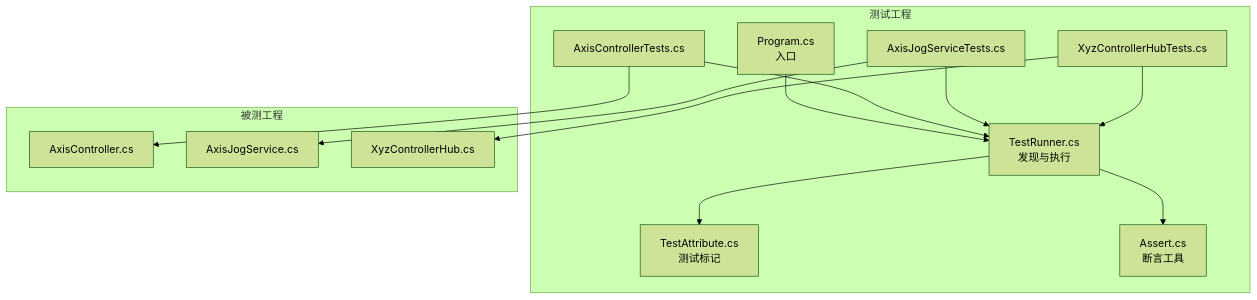
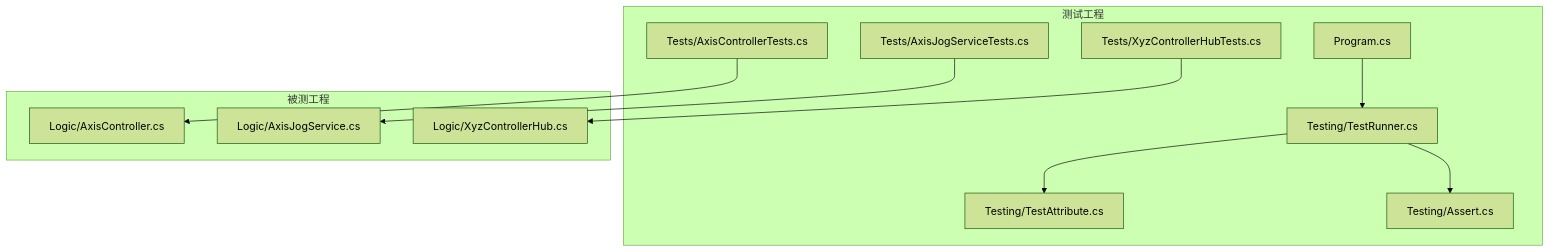
One commit to fuweiq94-cloud/3399180760 changed the first of 5 diagrams in .qoder/repowiki/zh/content/测试框架.md. Above: the diagram before and after it, drawn with Mermaid (forest theme). The commit also changed other lines of this file and 94 other files, not shown here.

First line of the commit message:
docs(api): 添加完整 XyzController API 接口文档

````diff
--- a/.qoder/repowiki/zh/content/测试框架.md
+++ b/.qoder/repowiki/zh/content/测试框架.md
@@ -40,19 +47,23 @@
 ```mermaid
 graph TB
 subgraph "测试工程"
-A["Program.cs<br/>入口"] --> B["TestRunner.cs<br/>发现与执行"]
-B --> C["TestAttribute.cs<br/>测试标记"]
-B --> D["Assert.cs<br/>断言工具"]
-E["AxisControllerTests.cs"] --> B
-F["AxisJogServiceTests.cs"] --> B
-G["XyzControllerHubTests.cs"] --> B
+A["Program.cs"]
+B["Testing/TestRunner.cs"]
+C["Testing/TestAttribute.cs"]
+D["Testing/Assert.cs"]
+E["Tests/AxisControllerTests.cs"]
+F["Tests/AxisJogServiceTests.cs"]
+G["Tests/XyzControllerHubTests.cs"]
 end
 subgraph "被测工程"
-H["AxisController.cs"]
-I["AxisJogService.cs"]
-J["XyzControllerHub.cs"]
+H["Logic/AxisController.cs"]
+I["Logic/AxisJogService.cs"]
+J["Logic/XyzControllerHub.cs"]
 end
+A --> B
+B --> C
+B --> D
 E --> H
 F --> I
 G --> J
 ```
````
